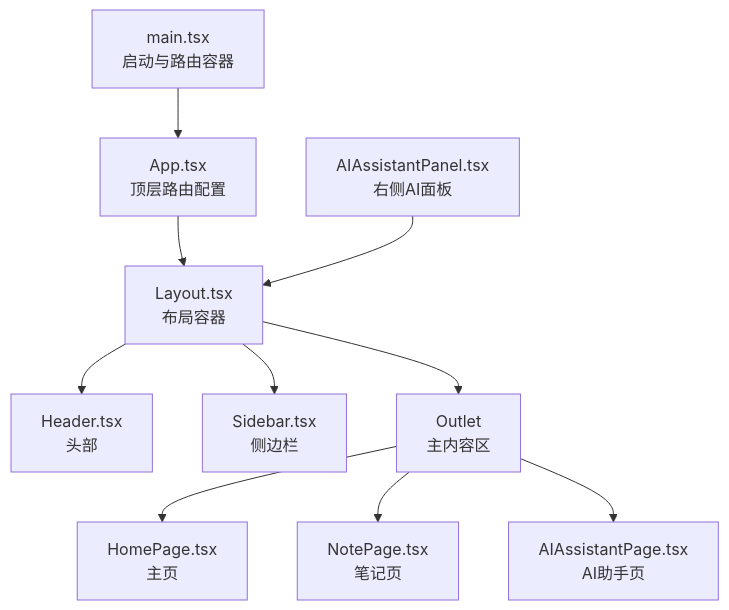
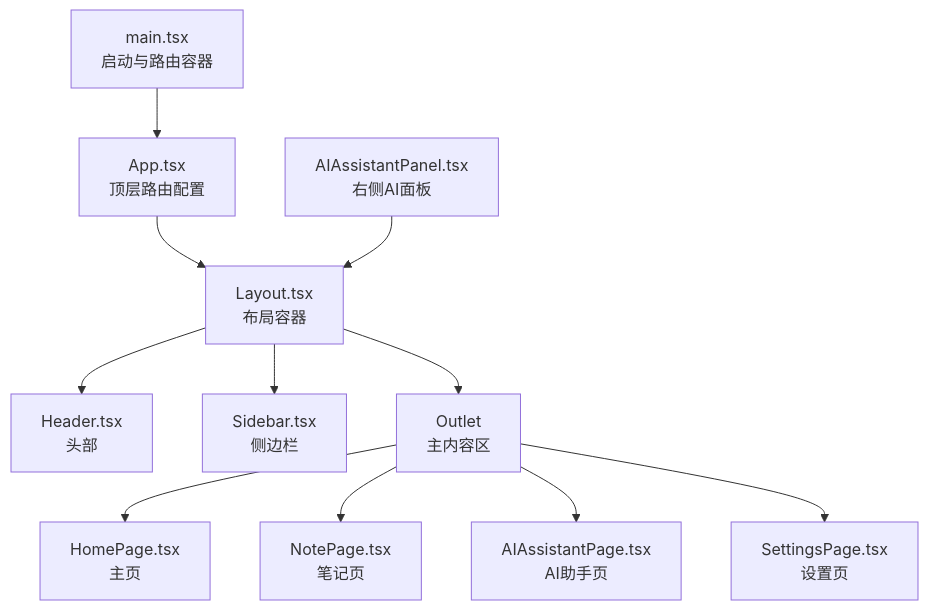
Before and after one commit to acproject/tomato_notebook: the first of 8 diagrams in .qoder/repowiki/zh/content/Web前端应用/页面和路由.md, drawn with Mermaid. The commit also changed other lines of this file and 14 other files, not shown here.

````diff
--- a/.qoder/repowiki/zh/content/Web前端应用/页面和路由.md
+++ b/.qoder/repowiki/zh/content/Web前端应用/页面和路由.md
@@ -39,12 +40,13 @@
 ```mermaid
 graph TB
 A["main.tsx<br/>启动与路由容器"] --> B["App.tsx<br/>顶层路由配置"]
 B --> C["Layout.tsx<br/>布局容器"]
 C --> D["Header.tsx<br/>头部"]
 C --> E["Sidebar.tsx<br/>侧边栏"]
 C --> F["Outlet<br/>主内容区"]
 F --> G["HomePage.tsx<br/>主页"]
 F --> H["NotePage.tsx<br/>笔记页"]
 F --> I["AIAssistantPage.tsx<br/>AI助手页"]
-J["AIAssistantPanel.tsx<br/>右侧AI面板"] --> C
+F --> J["SettingsPage.tsx<br/>设置页"]
+K["AIAssistantPanel.tsx<br/>右侧AI面板"] --> C
 ```
````
